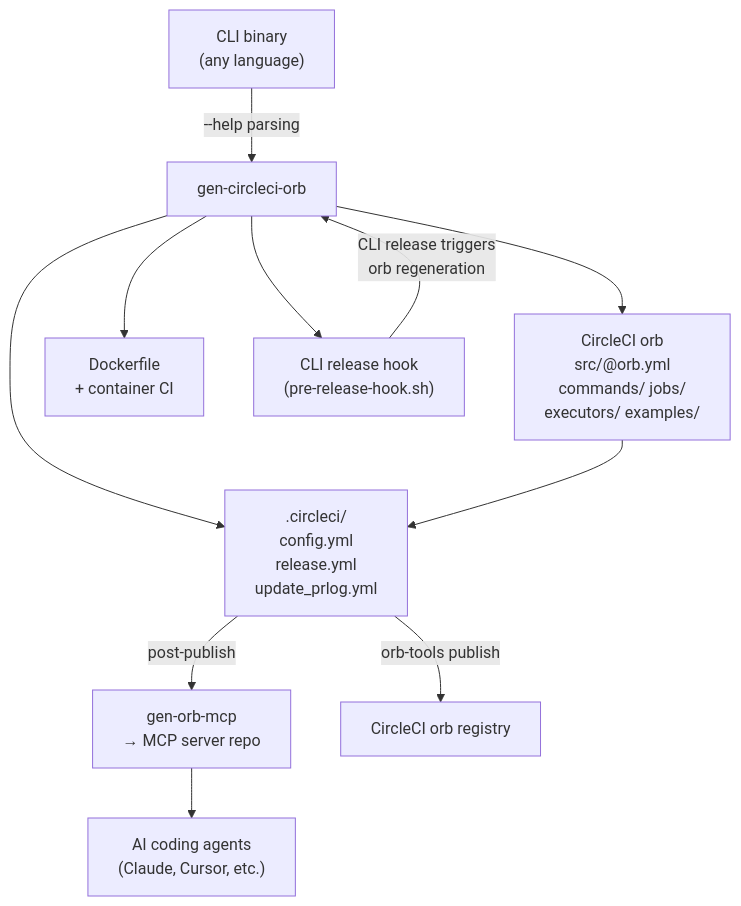
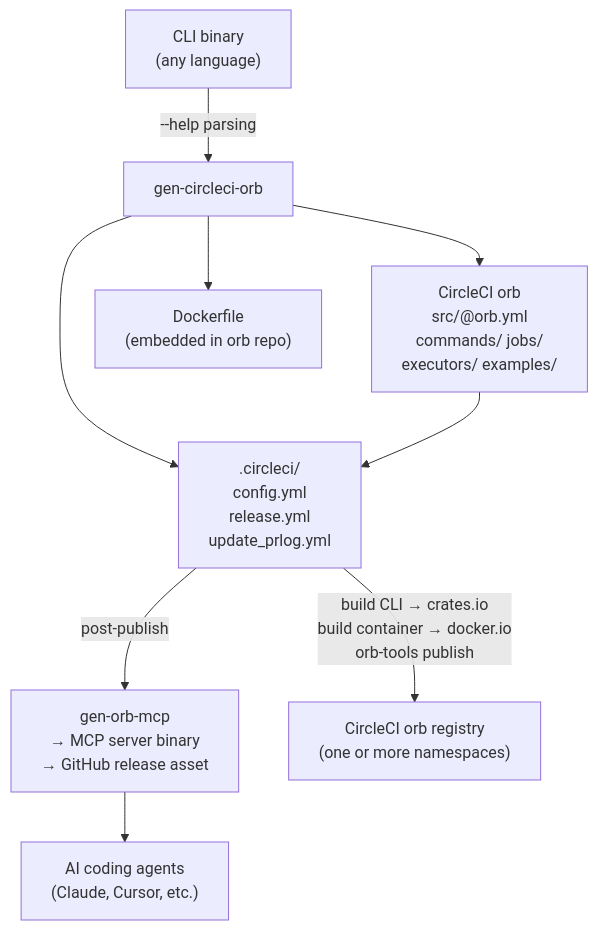
One commit to jerus-org/gen-circleci-orb changed the first of 3 diagrams in docs/design.md. Above: the diagram before and after it, drawn with Mermaid. The commit also changed other lines of this file, not shown here.

First line of the commit message:
docs: resolve all design questions, add decisions and roadmap

````diff
--- a/docs/design.md
+++ b/docs/design.md
@@ -51,25 +50,21 @@
 ```mermaid
 flowchart TD
     CLI["CLI binary\n(any language)"]
     GCO["gen-circleci-orb"]
     ORB["CircleCI orb\nsrc/@orb.yml\ncommands/ jobs/\nexecutors/ examples/"]
-    DOCKER["Dockerfile\n+ container CI"]
+    DOCKER["Dockerfile\n(embedded in orb repo)"]
     ORBCI[".circleci/\nconfig.yml\nrelease.yml\nupdate_prlog.yml"]
-    HOOK["CLI release hook\n(pre-release-hook.sh)"]
-    MCP["gen-orb-mcp\n→ MCP server repo"]
-    REGISTRY["CircleCI orb registry"]
+    MCP["gen-orb-mcp\n→ MCP server binary\n→ GitHub release asset"]
+    REGISTRY["CircleCI orb registry\n(one or more namespaces)"]
     AGENTS["AI coding agents\n(Claude, Cursor, etc.)"]
 
     CLI -->|"--help parsing"| GCO
     GCO --> ORB
     GCO --> DOCKER
     GCO --> ORBCI
-    GCO --> HOOK
-
-    HOOK -->|"CLI release triggers\norb regeneration"| GCO
 
     ORB --> ORBCI
-    ORBCI -->|"orb-tools publish"| REGISTRY
+    ORBCI -->|"build CLI → crates.io\nbuild container → docker.io\norb-tools publish"| REGISTRY
     ORBCI -->|"post-publish"| MCP
     MCP --> AGENTS
 ```
````
